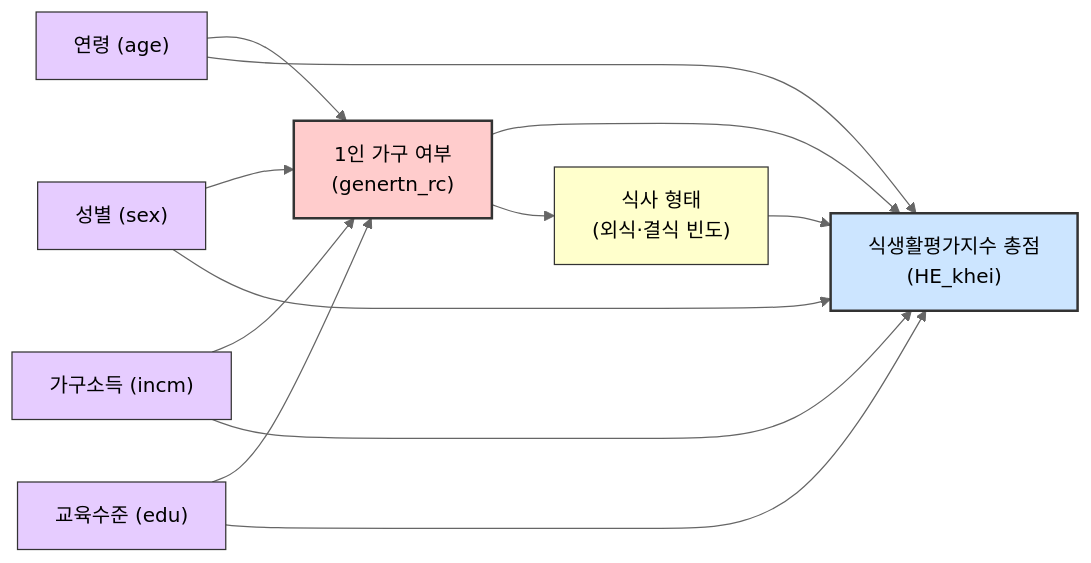
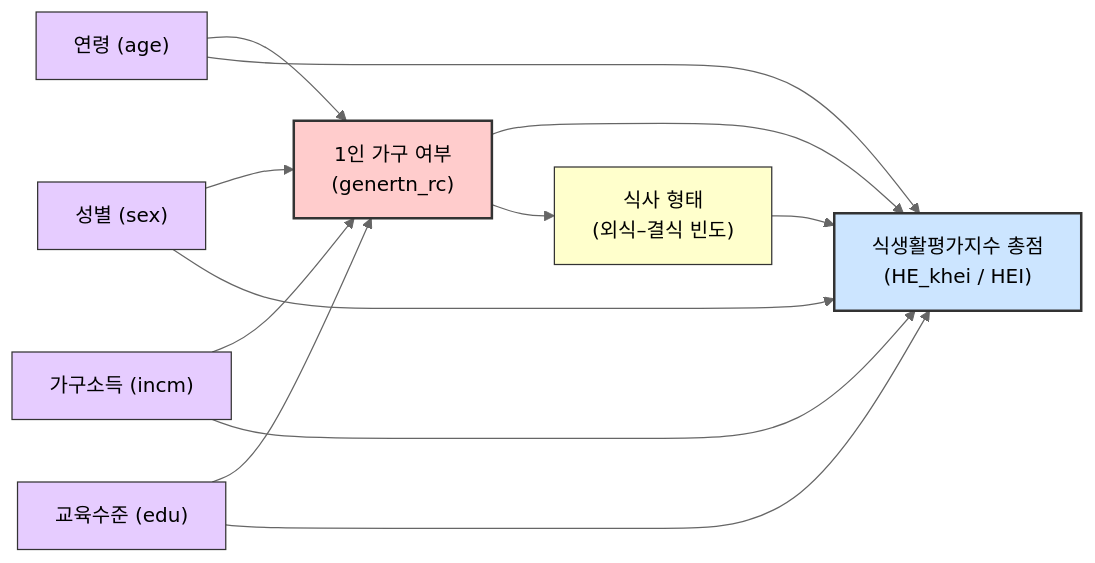
Before and after one commit to Sumin02442/knhanes-khei-nutrition: the diagram in docs/11_regression.md, drawn with Mermaid (neutral theme). The commit also changed other lines of this file, not shown here.

```diff
--- a/docs/11_regression.md
+++ b/docs/11_regression.md
@@ -7,24 +9,24 @@
 ~~~mermaid
 flowchart LR
     classDef exposure fill:#ffcccc,stroke:#333,stroke-width:2px;
     classDef outcome fill:#cce5ff,stroke:#333,stroke-width:2px;
     classDef confounder fill:#e6ccff,stroke:#333,stroke-width:1px;
     classDef mediator fill:#ffffcc,stroke:#333,stroke-width:1px;
 
-    Genertn["1인 가구 여부<br>(genertn_rc)"]:::exposure --> KHEI["식생활평가지수 총점<br>(HE_khei)"]:::outcome
+    Genertn["1인 가구 여부<br>(genertn_rc)"]:::exposure --> KHEI["식생활평가지수 총점<br>(HE_khei / HEI)"]:::outcome
     
     Age["연령 (age)"]:::confounder --> Genertn
     Age --> KHEI
     
     Sex["성별 (sex)"]:::confounder --> Genertn
     Sex --> KHEI
     
     Incm["가구소득 (incm)"]:::confounder --> Genertn
     Incm --> KHEI
     
     Edu["교육수준 (edu)"]:::confounder --> Genertn
     Edu --> KHEI
 
-    Genertn --> Diet["식사 형태<br>(외식·결식 빈도)"]:::mediator
+    Genertn --> Diet["식사 형태<br>(외식–결식 빈도)"]:::mediator
     Diet --> KHEI
 ~~~
```
